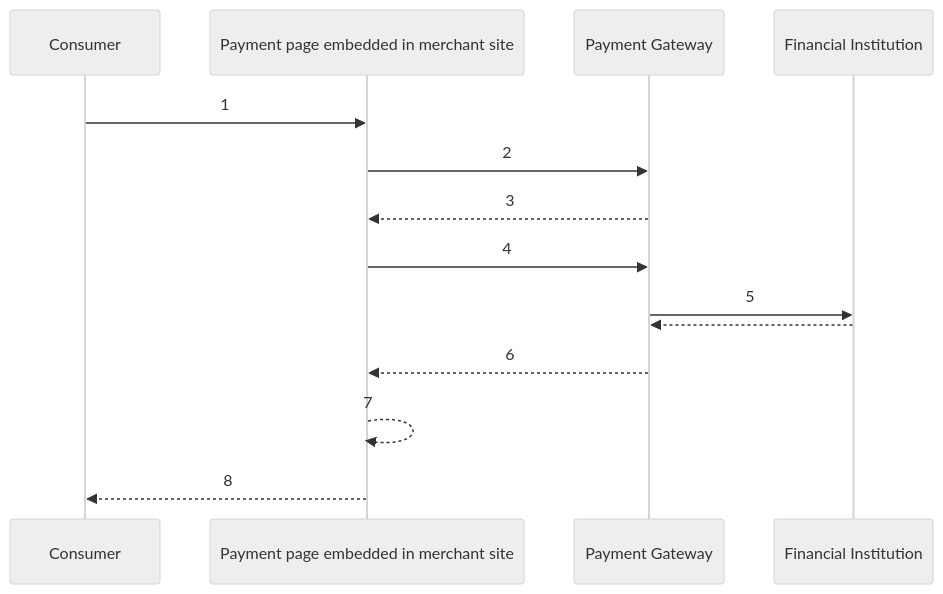
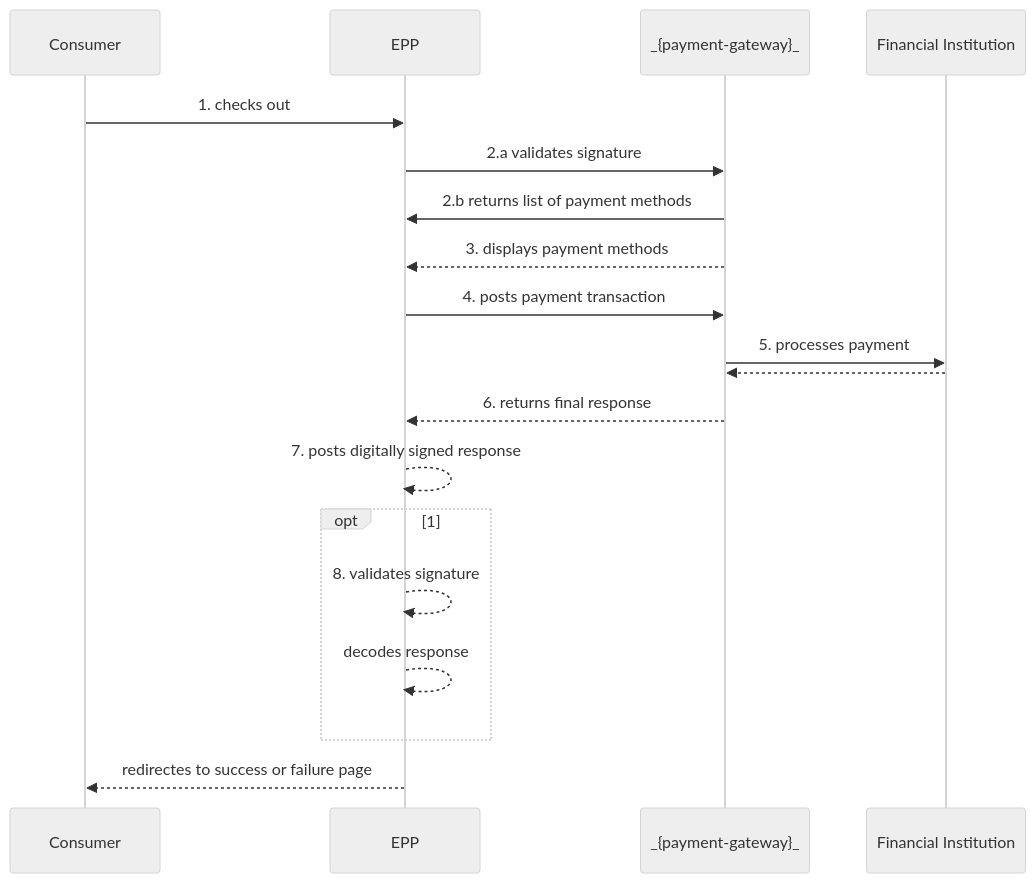
One commit to wirecard/merchant-documentation-gateway changed the diagram in 03-02-02-01-pp-epp-workflow.adoc. Above: the diagram before and after it, drawn with Mermaid (neutral theme). The commit also changed other lines of this file, not shown here.

Commit message:
Update Mermaid Diagrams

```diff
--- a/03-02-02-01-pp-epp-workflow.adoc
+++ b/03-02-02-01-pp-epp-workflow.adoc
@@ -8,17 +8,22 @@
 [mermaid,PP_EPP_Workflow,svg,subs=attributes+]
 ----
 sequenceDiagram
     participant A as Consumer
-    participant B as Payment page embedded in merchant site
-    participant C as Payment Gateway
+    participant B as EPP
+    participant C as _{payment-gateway}_
     participant D as Financial Institution
-        A ->> B: 1
-        B ->> C: 2
-        C -->> B: 3
-        B ->> C: 4
-        C ->> D: 5
+        A ->> B: 1. checks out
+        B ->> C: 2.a validates signature
+        C ->> B: 2.b returns list of payment methods
+        C -->> B: 3. displays payment methods
+        B ->> C: 4. posts payment transaction
+        C ->> D: 5. processes payment
     	D -->> C: 
-        C -->> B: 6
-        B -->> B: 7
-        B -->> A: 8
+        C -->> B: 6. returns final response
+        B -->> B: 7. posts digitally signed response
+        opt 1
+        B -->> B: 8. validates signature
+        B -->> B: decodes response
+        end
+        B -->> A: redirectes to success or failure page
 ----
```
